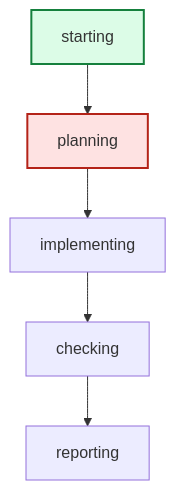
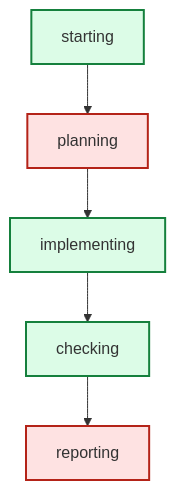
Before and after one commit to daniell0gda/hermes-feature-check-dashboard: the diagram in runs/req-83-traps-frostbite-fangs-r4/graph.mmd, drawn with Mermaid. The commit also changed 15 other files, not shown here.

```diff
--- a/runs/req-83-traps-frostbite-fangs-r4/graph.mmd
+++ b/runs/req-83-traps-frostbite-fangs-r4/graph.mmd
@@ -1,11 +1,14 @@
 graph TD
     starting --> planning
     planning --> implementing
     implementing --> checking
     checking --> reporting
 
 classDef done fill:#dcfce7,stroke:#15803d,stroke-width:2px;
 classDef active fill:#dbeafe,stroke:#2563eb,stroke-width:3px;
 classDef failed fill:#fee2e2,stroke:#b42318,stroke-width:2px;
 class planning failed;
 class starting done;
+class reporting failed;
+class implementing done;
+class checking done;
```
